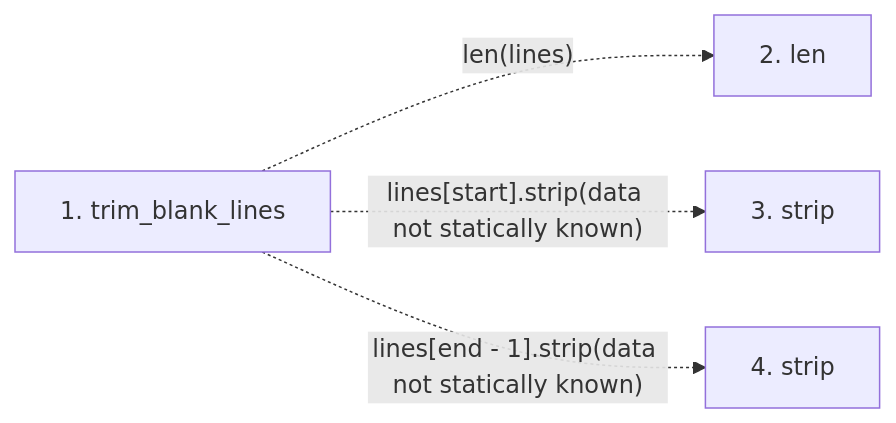
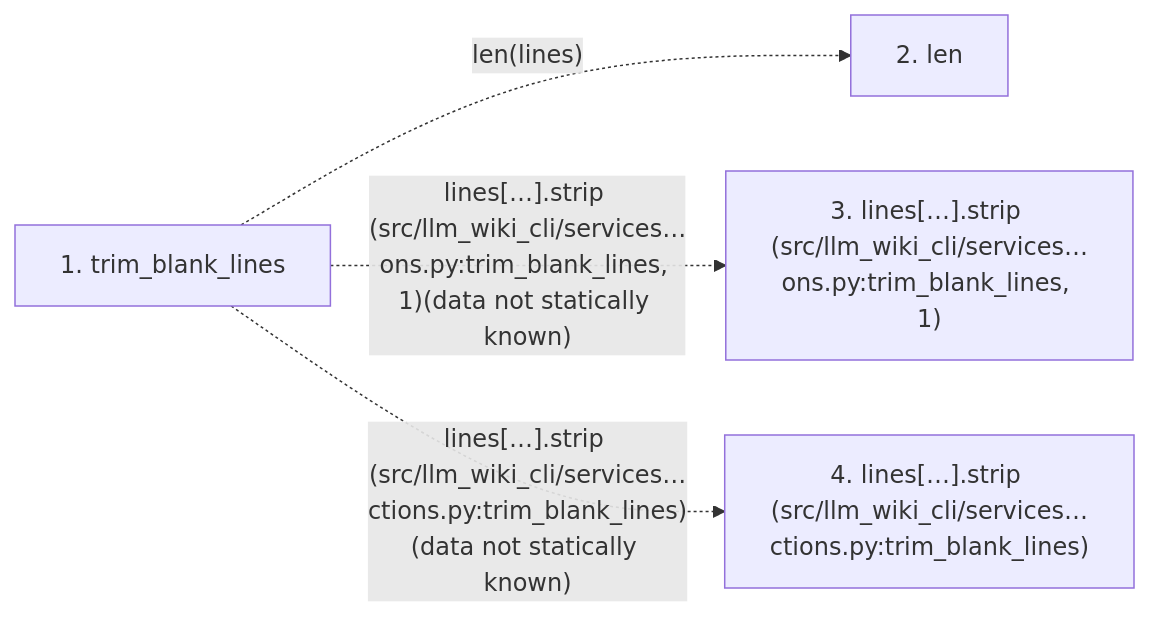
One commit to Denissvgn/python-wiki-llm changed the second of 2 diagrams in docs/llm_wiki/flows/api-trim_blank_lines.md. Above: the diagram before and after it, drawn with Mermaid. The commit also changed other lines of this file and 719 other files, not shown here.

````diff
--- a/docs/llm_wiki/flows/api-trim_blank_lines.md
+++ b/docs/llm_wiki/flows/api-trim_blank_lines.md
@@ -23,11 +24,11 @@
 ```mermaid
 flowchart LR
     s1["1. trim_blank_lines"]
     s2["2. len"]
-    s3["3. strip"]
-    s4["4. strip"]
+    s3["3. lines[…].strip (src/llm_wiki_cli/services…ons.py:trim_blank_lines, 1)"]
+    s4["4. lines[…].strip (src/llm_wiki_cli/services…ctions.py:trim_blank_lines)"]
     s1 -. "len(lines)" .-> s2
-    s1 -. "lines[start].strip(data not statically known)" .-> s3
-    s1 -. "lines[end - 1].strip(data not statically known)" .-> s4
+    s1 -. "lines[…].strip (src/llm_wiki_cli/services…ons.py:trim_blank_lines, 1)(data not statically known)" .-> s3
+    s1 -. "lines[…].strip (src/llm_wiki_cli/services…ctions.py:trim_blank_lines)(data not statically known)" .-> s4
     click s1 "../modules/markdown_sections.md"
 ```
````
